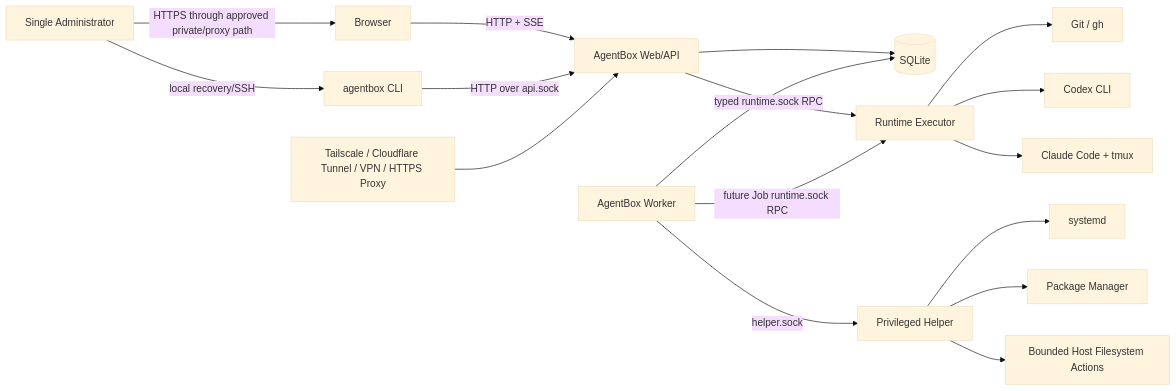
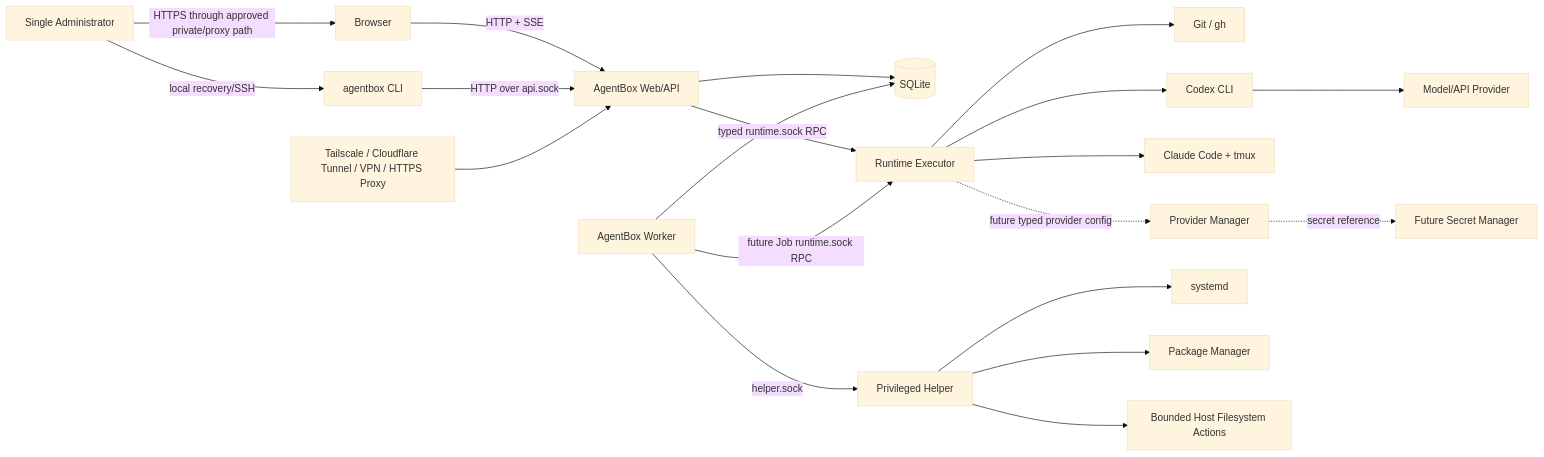
The first of 6 diagrams in docs/ARCHITECTURE.md (ForceMind/agentbox), drawn with Mermaid (base theme) before and after one commit. The commit also changed other lines of this file and 11 other files, not shown here.

Commit message:
docs: plan provider and secret management

````diff
--- a/docs/ARCHITECTURE.md
+++ b/docs/ARCHITECTURE.md
@@ -114,19 +117,22 @@
 ```mermaid
 flowchart LR
     Admin[Single Administrator] -->|HTTPS through approved private/proxy path| Browser[Browser]
     Admin -->|local recovery/SSH| CLI[agentbox CLI]
     Browser -->|HTTP + SSE| API[AgentBox Web/API]
     CLI -->|HTTP over api.sock| API
     API --> DB[(SQLite)]
     API -->|typed runtime.sock RPC| Runtime[Runtime Executor]
     Worker[AgentBox Worker] --> DB
     Worker -->|future Job runtime.sock RPC| Runtime
     Worker -->|helper.sock| Helper[Privileged Helper]
     Runtime --> Git[Git / gh]
     Runtime --> Codex[Codex CLI]
     Runtime --> Claude[Claude Code + tmux]
+    Runtime -. future typed provider config .-> Provider[Provider Manager]
+    Provider -. secret reference .-> Secrets[Future Secret Manager]
+    Codex --> ModelAPI[Model/API Provider]
     Helper --> Systemd[systemd]
     Helper --> Packages[Package Manager]
     Helper --> HostFS[Bounded Host Filesystem Actions]
     Proxy[Tailscale / Cloudflare Tunnel / VPN / HTTPS Proxy] --> API
 ```
````
